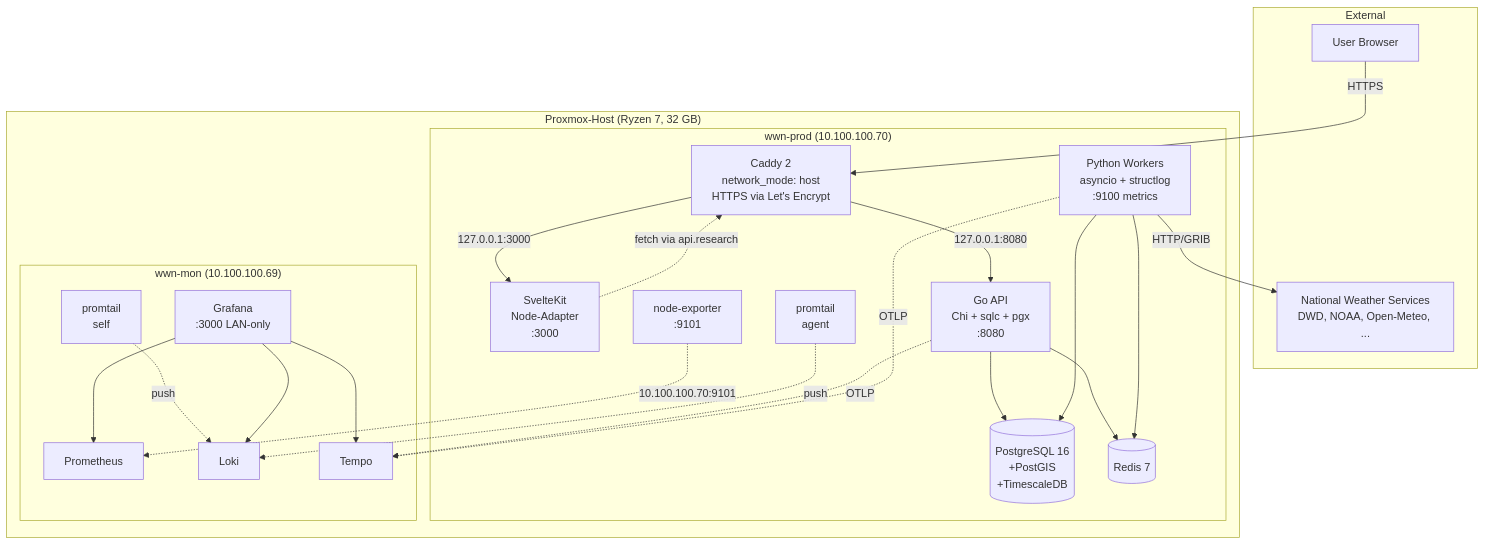
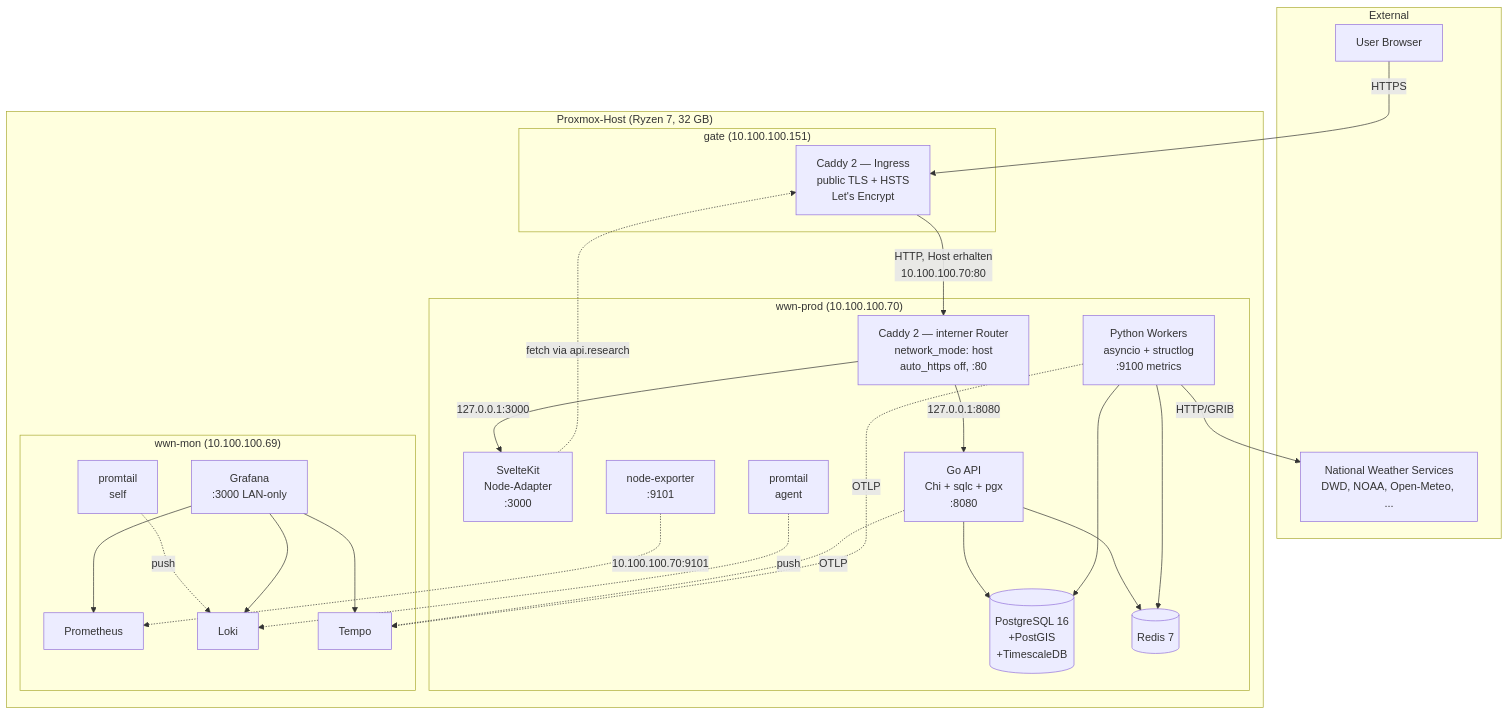
Before and after one commit to relations4u/worldweathernews: the diagram in docs/architecture.md, drawn with Mermaid. The commit also changed other lines of this file and 3 other files, not shown here.

First line of the commit message:
docs(infra): Ingress-Umzug auf gate (Strategie R1) nachziehen (#111)

````diff
--- a/docs/architecture.md
+++ b/docs/architecture.md
@@ -10,46 +18,50 @@
 ```mermaid
 graph TB
     subgraph external["External"]
         User[User Browser]
         WeatherAPIs[National Weather Services<br/>DWD, NOAA, Open-Meteo, ...]
     end
 
     subgraph proxmox["Proxmox-Host (Ryzen 7, 32 GB)"]
+        subgraph gatevm["gate (10.100.100.151)"]
+            Gate[Caddy 2 — Ingress<br/>public TLS + HSTS<br/>Let's Encrypt]
+        end
         subgraph wwnprod["wwn-prod (10.100.100.70)"]
-            Caddy[Caddy 2<br/>network_mode: host<br/>HTTPS via Let's Encrypt]
+            Caddy[Caddy 2 — interner Router<br/>network_mode: host<br/>auto_https off, :80]
             Frontend[SvelteKit<br/>Node-Adapter<br/>:3000]
             Backend[Go API<br/>Chi + sqlc + pgx<br/>:8080]
             Workers[Python Workers<br/>asyncio + structlog<br/>:9100 metrics]
             Postgres[(PostgreSQL 16<br/>+PostGIS<br/>+TimescaleDB)]
             Redis[(Redis 7)]
             NodeExp[node-exporter<br/>:9101]
             PromtailA[promtail<br/>agent]
         end
         subgraph wwnmon["wwn-mon (10.100.100.69)"]
             Prometheus[Prometheus]
             Loki[Loki]
             Tempo[Tempo]
             Grafana[Grafana<br/>:3000 LAN-only]
             PromtailM[promtail<br/>self]
         end
     end
 
-    User -->|HTTPS| Caddy
+    User -->|HTTPS| Gate
+    Gate -->|HTTP, Host erhalten<br/>10.100.100.70:80| Caddy
     Caddy -->|127.0.0.1:3000| Frontend
     Caddy -->|127.0.0.1:8080| Backend
-    Frontend -.->|fetch via api.research| Caddy
+    Frontend -.->|fetch via api.research| Gate
     Backend --> Postgres
     Backend --> Redis
     Workers --> Postgres
     Workers --> Redis
     Workers -->|HTTP/GRIB| WeatherAPIs
 
     NodeExp -.->|10.100.100.70:9101| Prometheus
     PromtailA -.->|push| Loki
     PromtailM -.->|push| Loki
     Backend -.->|OTLP| Tempo
     Workers -.->|OTLP| Tempo
     Grafana --> Prometheus
     Grafana --> Loki
     Grafana --> Tempo
 ```
````
